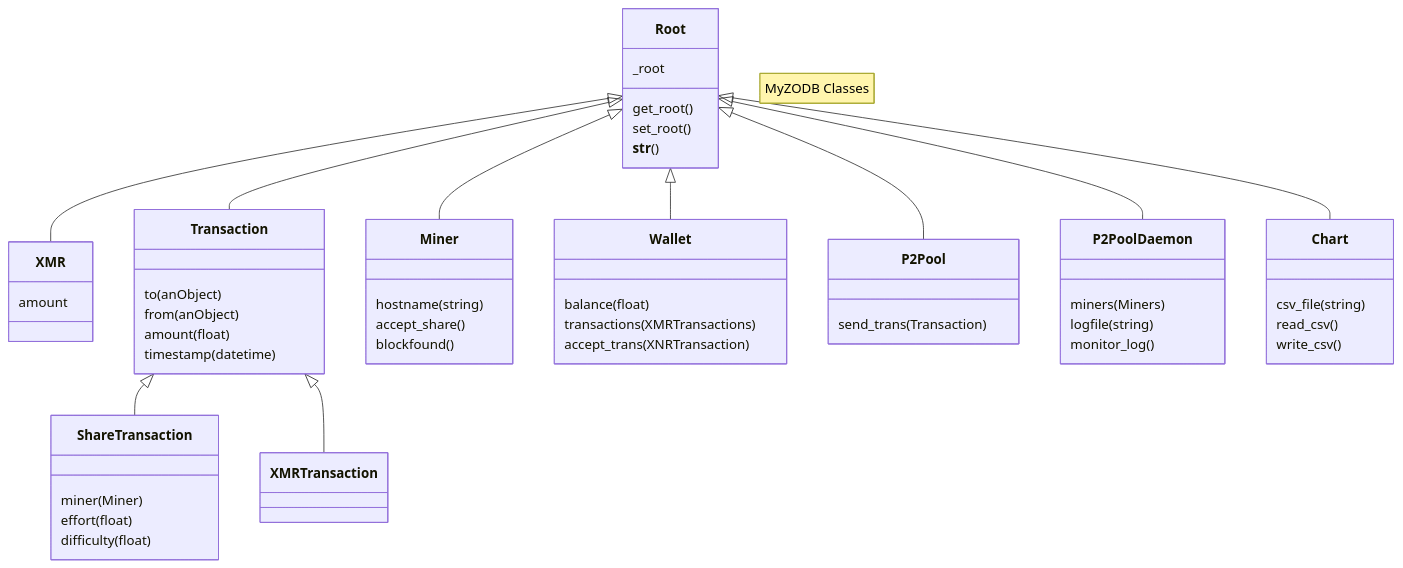
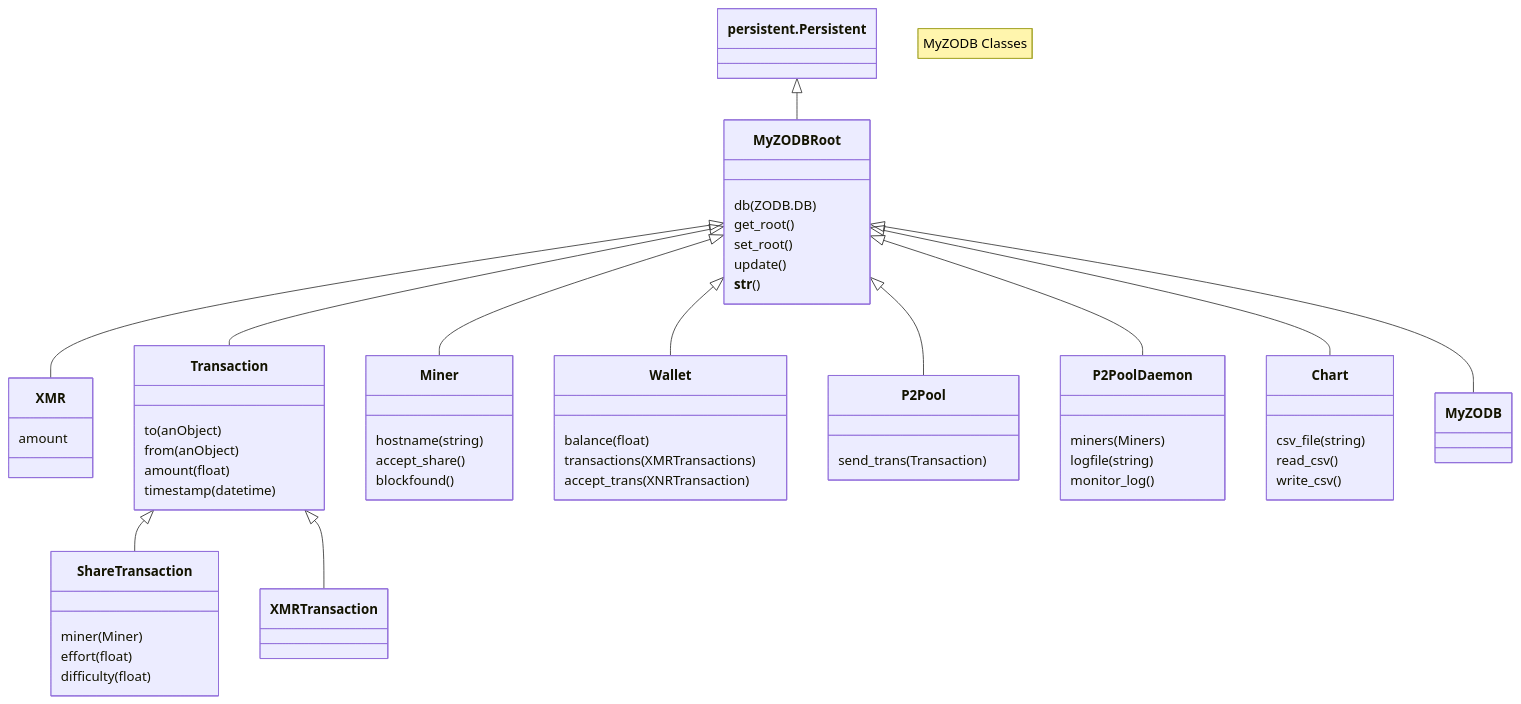
Before and after one commit to NadimGhaznavi/myzodb: the diagram in _posts/2024-06-02-Class-Hierarchy.md, drawn with Mermaid. The commit also changed 5 other files, not shown here.

```diff
--- a/_posts/2024-06-02-Class-Hierarchy.md
+++ b/_posts/2024-06-02-Class-Hierarchy.md
@@ -8,56 +8,59 @@
 <pre class="mermaid">
     classDiagram
     note "MyZODB Classes"
-    Root <|-- XMR
-    Root <|-- Transaction
+    persistent.Persistent <|-- MyZODBRoot
+    MyZODBRoot <|-- XMR
+    MyZODBRoot <|-- Transaction
     Transaction <|-- ShareTransaction
     Transaction <|-- XMRTransaction
-    Root <|-- Miner
-    Root <|-- Wallet
-    Root <|-- P2Pool
-    Root <|-- P2PoolDaemon
-    Root <|-- Chart
-    class Root{
-        _root
+    MyZODBRoot <|-- Miner
+    MyZODBRoot <|-- Wallet
+    MyZODBRoot <|-- P2Pool
+    MyZODBRoot <|-- P2PoolDaemon
+    MyZODBRoot <|-- Chart
+    MyZODBRoot <|-- MyZODB
+    class MyZODBRoot{
+        db (ZODB.DB)
         get_root()
         set_root()
+        update()
         __str__()
     }
     class XMR{
         amount
     }
     class Transaction{
         to (anObject) 
         from (anObject)
         amount (float)
         timestamp (datetime)
     }
     class ShareTransaction{
         miner (Miner)
         effort (float)
         difficulty (float)
     }
     class Chart{
         csv_file (string)
         read_csv()
         write_csv()
     }
     class Miner{
         hostname (string)
         accept_share()
         blockfound()
     }
     class Wallet{
         balance (float)
         transactions (XMRTransactions)
         accept_trans(XNRTransaction)
     }
     class P2Pool{
         send_trans(Transaction)
     }
     class P2PoolDaemon{
         miners (Miners)
         logfile (string)
         monitor_log()
     }
 </pre>
```
